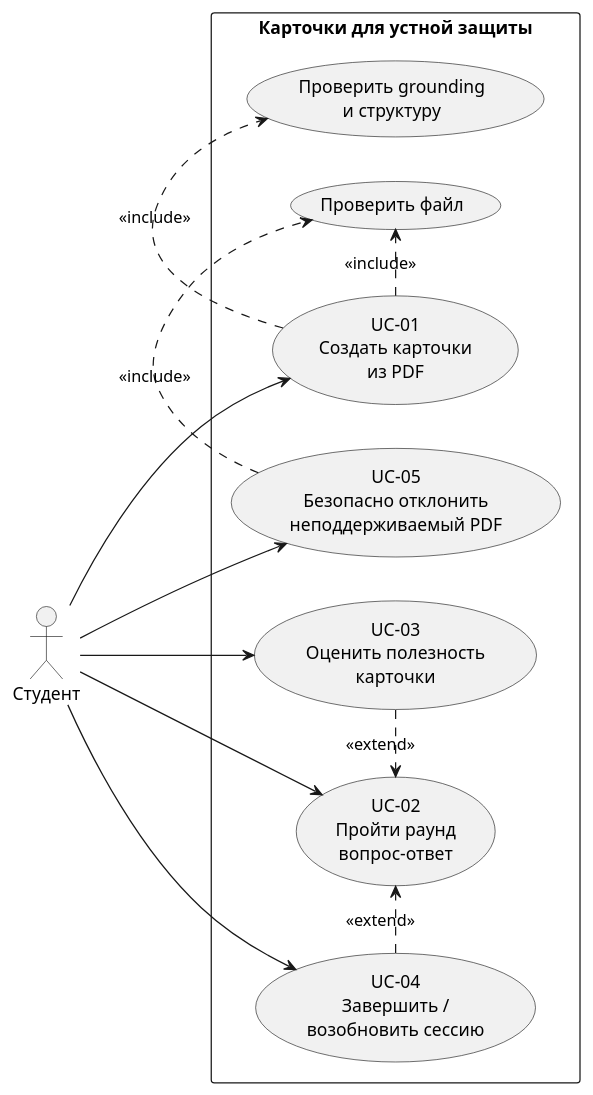
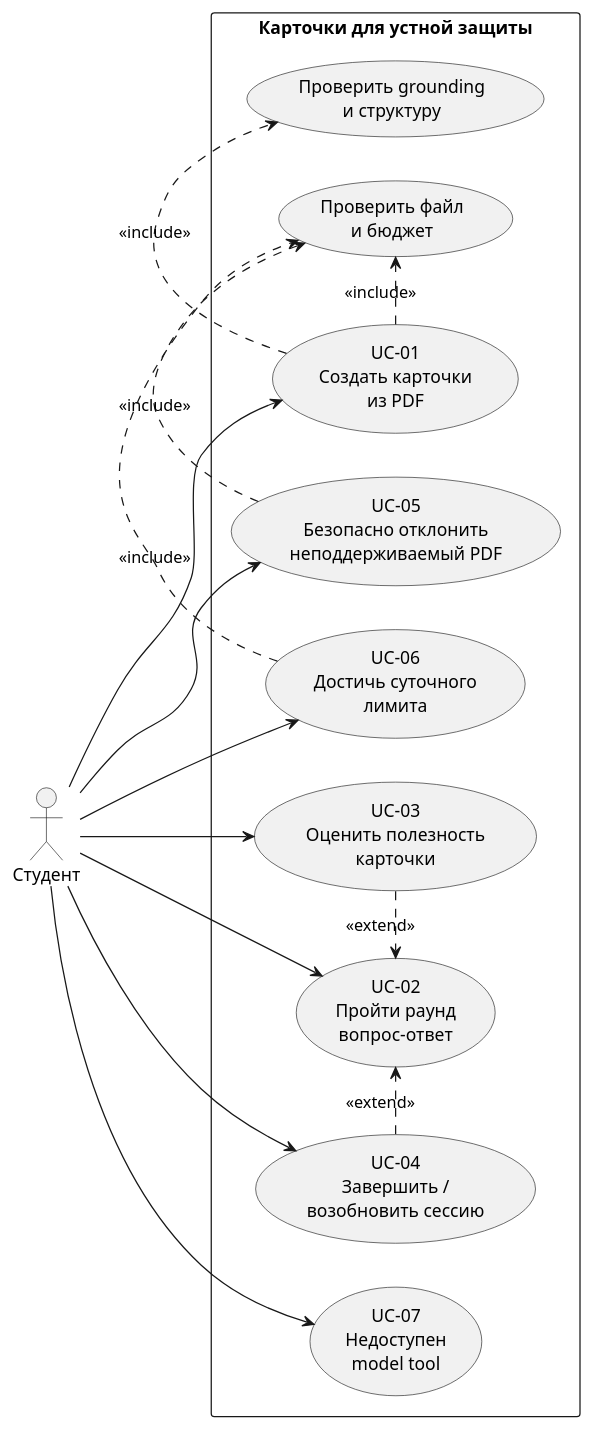
Before and after one commit to vstu-sii/kartochki-dlya-povtoreniya-iz-konspekta-4rnb: the diagram in docs/use-cases/use-cases.puml, drawn with PlantUML. The commit also changed 8 other files, not shown here.

```diff
--- a/docs/use-cases/use-cases.puml
+++ b/docs/use-cases/use-cases.puml
@@ -1,28 +1,33 @@
 @startuml
 left to right direction
 skinparam packageStyle rectangle
 
 actor "Студент" as Student
 
 rectangle "Карточки для устной защиты" {
   usecase "UC-01\nСоздать карточки\nиз PDF" as UC01
   usecase "UC-02\nПройти раунд\nвопрос–ответ" as UC02
   usecase "UC-03\nОценить полезность\nкарточки" as UC03
   usecase "UC-04\nЗавершить /\nвозобновить сессию" as UC04
   usecase "UC-05\nБезопасно отклонить\nнеподдерживаемый PDF" as UC05
-  usecase "Проверить файл" as Validate
+  usecase "UC-06\nДостичь суточного\nлимита" as UC06
+  usecase "UC-07\nНедоступен\nmodel tool" as UC07
+  usecase "Проверить файл\nи бюджет" as Validate
   usecase "Проверить grounding\nи структуру" as Ground
 }
 
 Student --> UC01
 Student --> UC02
 Student --> UC03
 Student --> UC04
 Student --> UC05
+Student --> UC06
+Student --> UC07
 
 UC01 .> Validate : <<include>>
 UC01 .> Ground : <<include>>
 UC05 .> Validate : <<include>>
+UC06 .> Validate : <<include>>
 UC03 .> UC02 : <<extend>>
 UC04 .> UC02 : <<extend>>
 @enduml
```
